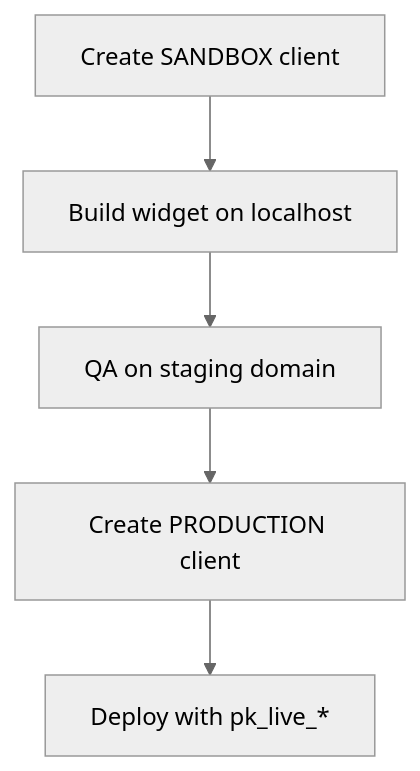
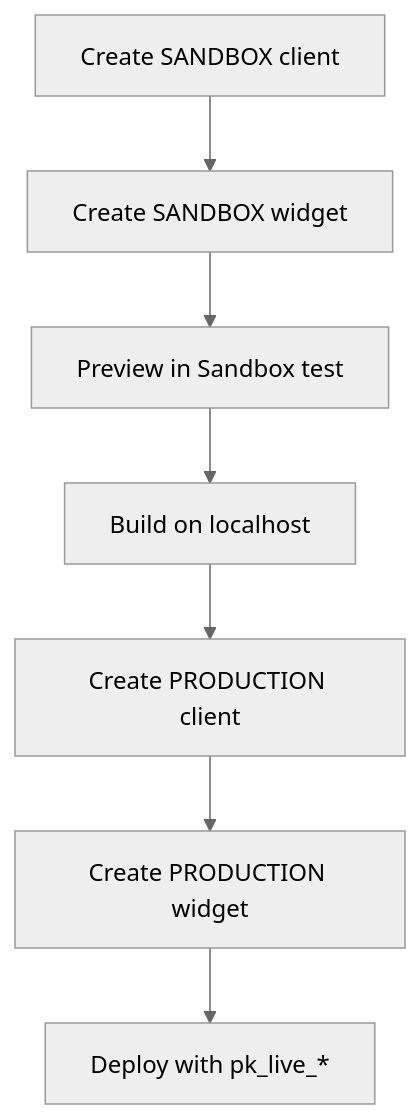
One commit to ethioreview/docs changed the diagram in environments.mdx. Above: the diagram before and after it, drawn with Mermaid (neutral theme). The commit also changed other lines of this file and 37 other files, not shown here.

First line of the commit message:
docs: restructure guides for API keys, sandbox, and dashboard widget flows

````diff
--- a/environments.mdx
+++ b/environments.mdx
@@ -29,7 +40,9 @@
 ```mermaid
 flowchart TD
-  A[Create SANDBOX client] --> B[Build widget on localhost]
-  B --> C[QA on staging domain]
-  C --> D[Create PRODUCTION client]
-  D --> E[Deploy with pk_live_*]
+  A[Create SANDBOX client] --> B[Create SANDBOX widget]
+  B --> C[Preview in Sandbox test]
+  C --> D[Build on localhost]
+  D --> E[Create PRODUCTION client]
+  E --> F[Create PRODUCTION widget]
+  F --> G[Deploy with pk_live_*]
 ```
````
